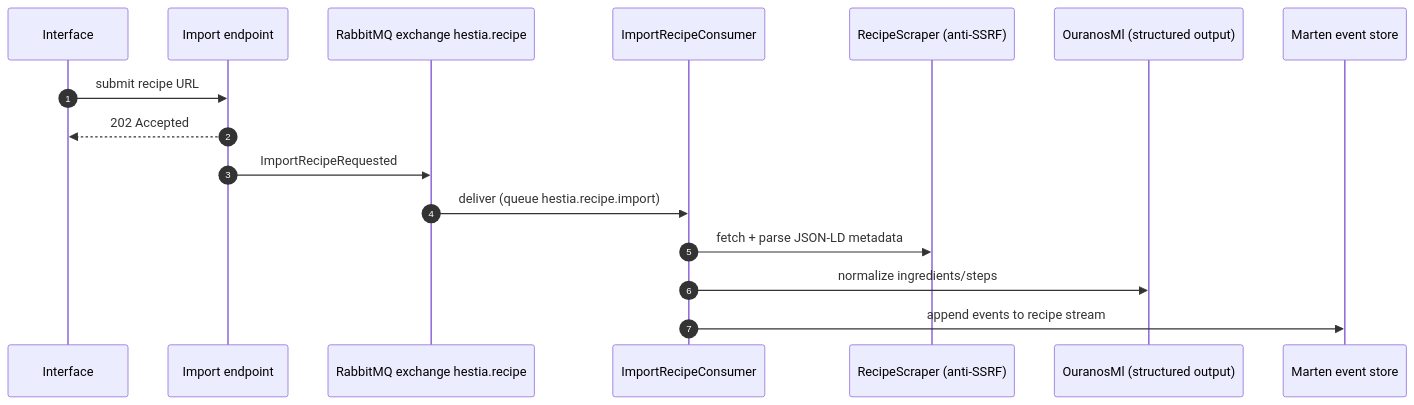
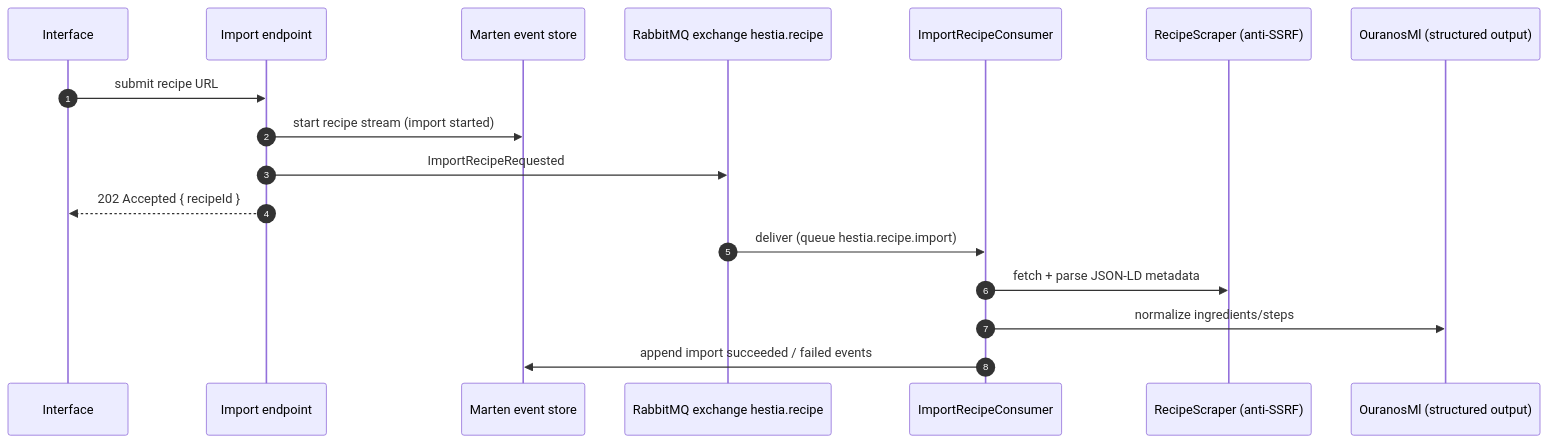
The fifth of 6 diagrams in docs/architecture/06-runtime-view.md (davwales/ouranos-pantheon), drawn with Mermaid before and after one commit. The commit also changed other lines of this file and 20 other files, not shown here.

````diff
--- a/docs/architecture/06-runtime-view.md
+++ b/docs/architecture/06-runtime-view.md
@@ -127,19 +143,20 @@
 ```mermaid
 sequenceDiagram
     autonumber
     participant UI as Interface
     participant EP as Import endpoint
+    participant M as Marten event store
     participant X as RabbitMQ exchange hestia.recipe
     participant C as ImportRecipeConsumer
     participant S as RecipeScraper (anti-SSRF)
     participant ML as OuranosMl (structured output)
-    participant M as Marten event store
 
     UI ->> EP: submit recipe URL
-    EP -->> UI: 202 Accepted
+    EP ->> M: start recipe stream (import started)
     EP ->> X: ImportRecipeRequested
+    EP -->> UI: 202 Accepted { recipeId }
     X ->> C: deliver (queue hestia.recipe.import)
     C ->> S: fetch + parse JSON-LD metadata
     C ->> ML: normalize ingredients/steps
-    C ->> M: append events to recipe stream
+    C ->> M: append import succeeded / failed events
 ```
````
